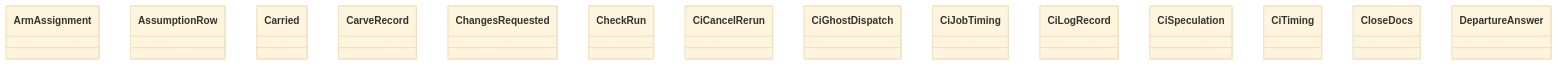
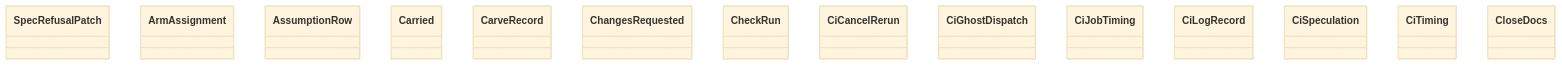
The diagram in docs/architecture/generated/classes-process-domain-state-4.md (GonzaloZevallos/agentic-system), drawn with Mermaid (base theme) before and after one commit. The commit also changed other lines of this file and 9 other files, not shown here.

Commit message:
Regenerate the architecture docs for DrawingEscalation.stage and the plan resume

````diff
--- a/docs/architecture/generated/classes-process-domain-state-4.md
+++ b/docs/architecture/generated/classes-process-domain-state-4.md
@@ -30,17 +30,17 @@
 ```mermaid
 classDiagram
+    class spec_route__SpecRefusalPatch["SpecRefusalPatch"]
     class task__ArmAssignment["ArmAssignment"]
     class task__AssumptionRow["AssumptionRow"]
     class task__Carried["Carried"]
     class task__CarveRecord["CarveRecord"]
     class task__ChangesRequested["ChangesRequested"]
     class task__CheckRun["CheckRun"]
     class task__CiCancelRerun["CiCancelRerun"]
     class task__CiGhostDispatch["CiGhostDispatch"]
     class task__CiJobTiming["CiJobTiming"]
     class task__CiLogRecord["CiLogRecord"]
     class task__CiSpeculation["CiSpeculation"]
     class task__CiTiming["CiTiming"]
     class task__CloseDocs["CloseDocs"]
-    class task__DepartureAnswer["DepartureAnswer"]
 ```
````
